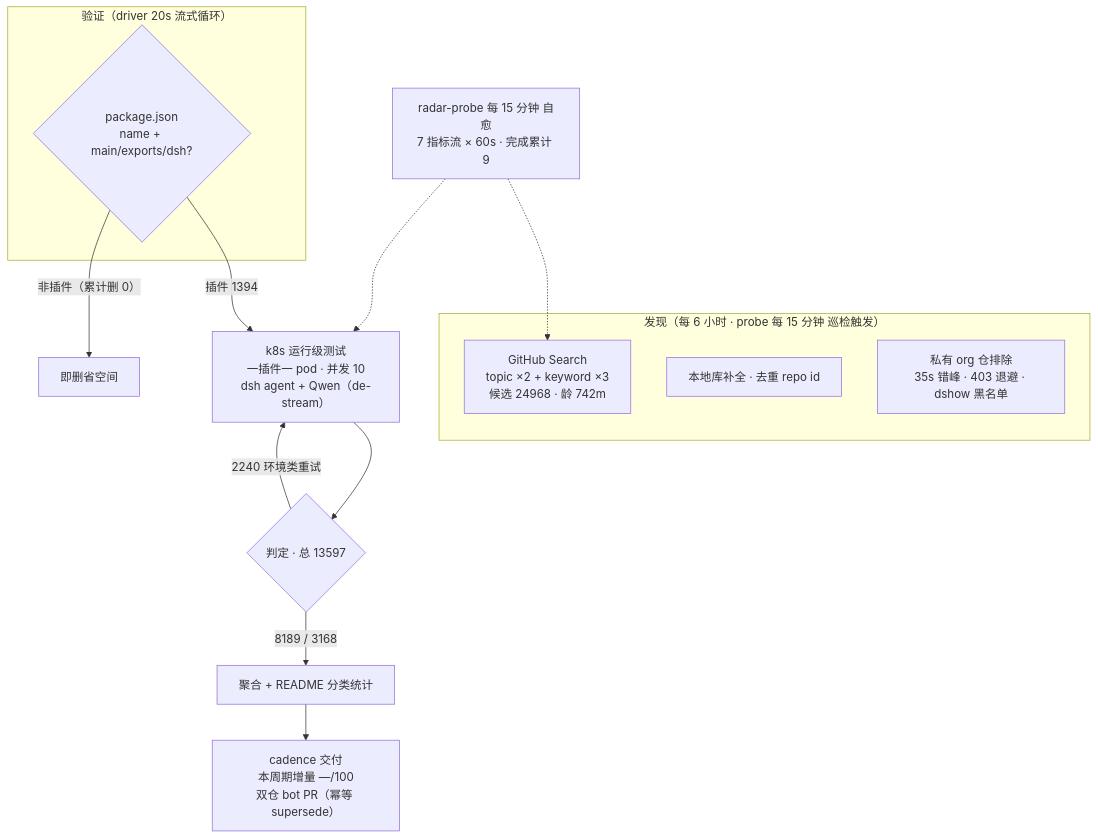
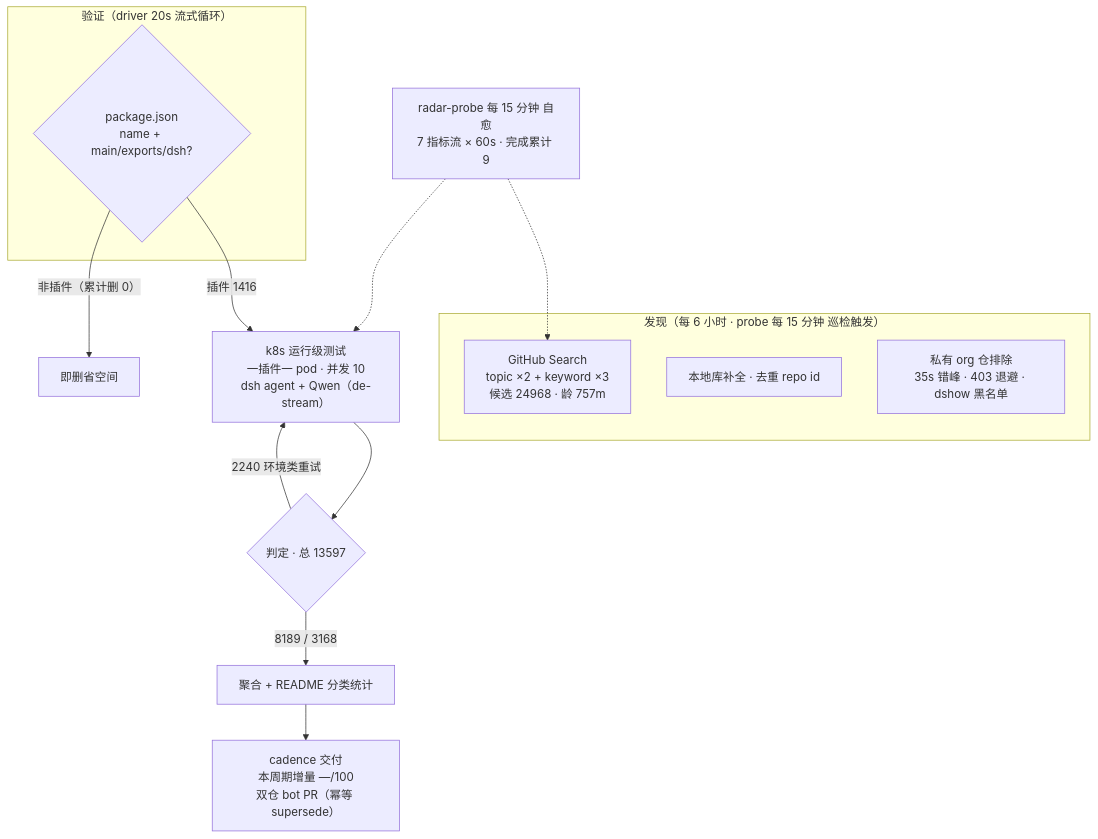
Before and after one commit to Zhidao-Lab-OSS/awesome-dsh-plugins: the diagram in README.md, drawn with Mermaid. The commit also changed other lines of this file and 1 other file, not shown here.

````diff
--- a/README.md
+++ b/README.md
@@ -99,20 +99,20 @@
 ```mermaid
 flowchart TB
     subgraph Discovery["发现（每 6 小时 · probe 每 15 分钟 巡检触发）"]
-        A1["GitHub Search<br/>topic ×2 + keyword ×3<br/>候选 24968 · 龄 742m"]
+        A1["GitHub Search<br/>topic ×2 + keyword ×3<br/>候选 24968 · 龄 757m"]
         A2["本地库补全 · 去重 repo id"]
         A3["私有 org 仓排除<br/>35s 错峰 · 403 退避 · dshow 黑名单"]
     end
     subgraph Validation["验证（driver 20s 流式循环）"]
         B1{"package.json<br/>name + main/exports/dsh?"}
     end
-    B1 -->|"插件 1394"| C1["k8s 运行级测试<br/>一插件一 pod · 并发 10<br/>dsh agent + Qwen（de-stream）"]
+    B1 -->|"插件 1416"| C1["k8s 运行级测试<br/>一插件一 pod · 并发 10<br/>dsh agent + Qwen（de-stream）"]
     B1 -->|"非插件（累计删 0）"| B3["即删省空间"]
     C1 --> D1{"判定 · 总 13597"}
     D1 -->|"8189 / 3168"| E1["聚合 + README 分类统计"]
     D1 -->|"2240 环境类重试"| C1
     E1 --> E2["cadence 交付<br/>本周期增量 —/100<br/>双仓 bot PR（幂等 supersede）"]
     M["radar-probe 每 15 分钟 自愈<br/>7 指标流 × 60s · 完成累计 9"]
     M -.-> A1
     M -.-> C1
 ```
````
